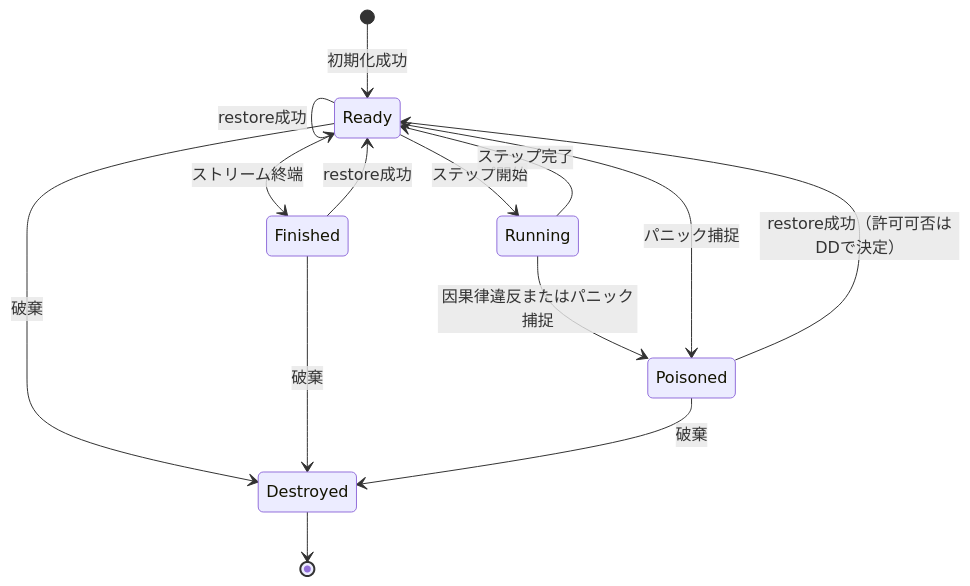
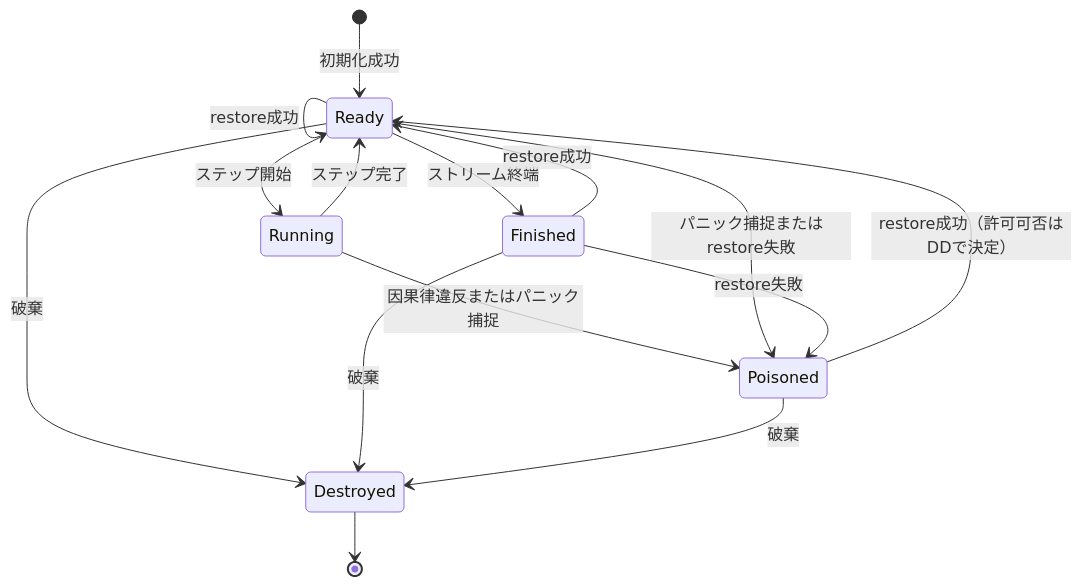
The third of 3 diagrams in docs/design/EK-BD-001_基本設計書.md (xzyozi/event_kernel), drawn with Mermaid before and after one commit. The commit also changed other lines of this file, not shown here.

````diff
--- a/docs/design/EK-BD-001_基本設計書.md
+++ b/docs/design/EK-BD-001_基本設計書.md
@@ -198,16 +199,17 @@
 ```mermaid
 stateDiagram-v2
     [*] --> Ready: 初期化成功
     Ready --> Running: ステップ開始
     Running --> Ready: ステップ完了
     Ready --> Finished: ストリーム終端
     Running --> Poisoned: 因果律違反またはパニック捕捉
-    Ready --> Poisoned: パニック捕捉
+    Ready --> Poisoned: パニック捕捉またはrestore失敗
+    Finished --> Poisoned: restore失敗
     Poisoned --> Ready: restore成功（許可可否はDDで決定）
     Ready --> Ready: restore成功
     Finished --> Ready: restore成功
     Ready --> Destroyed: 破棄
     Finished --> Destroyed: 破棄
     Poisoned --> Destroyed: 破棄
     Destroyed --> [*]
 ```
````
